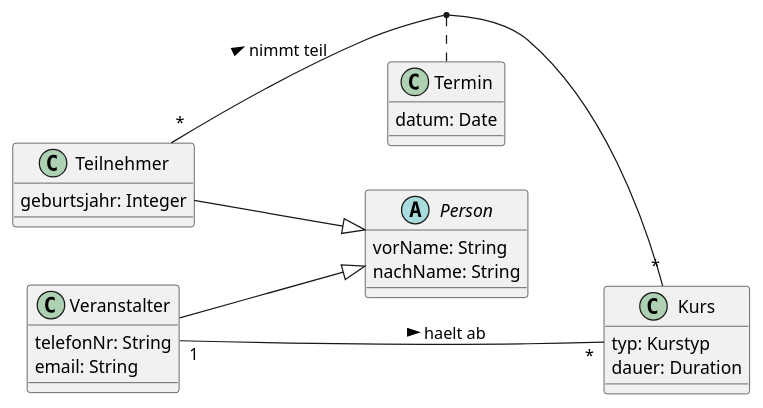
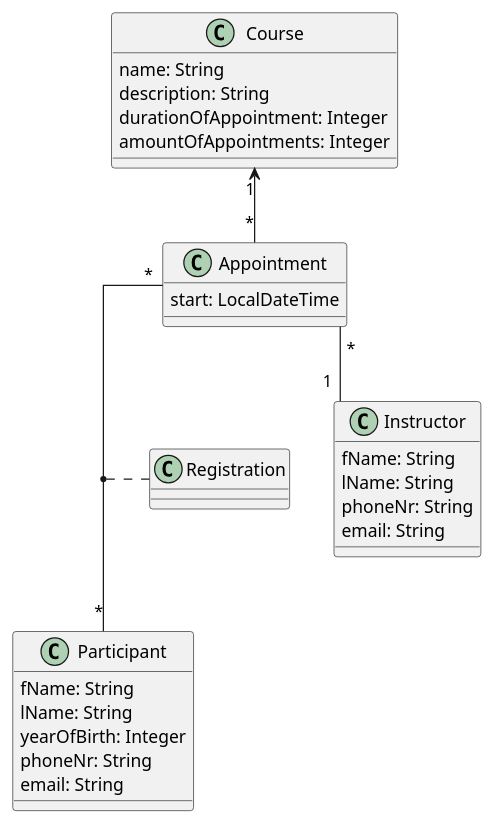
The diagram in asciidocs/plantuml/class-diagram.puml (2223-3bhif-syp/02-projekte-kurstermine), drawn with PlantUML before and after one commit. The commit also changed 7 other files, not shown here.

```diff
--- a/asciidocs/plantuml/class-diagram.puml
+++ b/asciidocs/plantuml/class-diagram.puml
@@ -1,34 +1,37 @@
 @startuml
-left to right direction
+skinparam linetype ortho
 
-abstract class Person {
-    vorName: String
-    nachName: String
-}
-
-class Teilnehmer {
-    geburtsjahr: Integer
-}
-
-class Veranstalter {
-    telefonNr: String
+class Participant {
+    fName: String
+    lName: String
+    yearOfBirth: Integer
+    phoneNr: String
     email: String
 }
 
-class Kurs {
-    typ: Kurstyp
-    dauer: Duration
+class Course {
+    name: String
+    description: String
+    durationOfAppointment: Integer
+    amountOfAppointments: Integer
 }
 
-class Termin  {
-    datum: Date
+class Appointment  {
+    start: LocalDateTime
 }
 
-Teilnehmer --|> Person
-Veranstalter --|> Person
+class Instructor {
+    fName: String
+    lName: String
+    phoneNr: String
+    email: String
+}
 
-Teilnehmer "*" -- "*" Kurs : > nimmt teil
-Veranstalter "1" -- "*" Kurs : > haelt ab
+Appointment "*" -- "1" Instructor
 
-(Teilnehmer, Kurs) .. Termin
+Course "1" <-- "*" Appointment
+Appointment "*" -- "*" Participant
+(Appointment,Participant) . Registration
+
+
 @enduml
```
